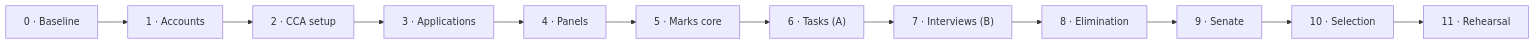
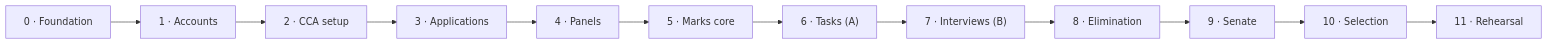
The third of 3 diagrams in docs/PLAN.md (madman4647/CalvinAsh), drawn with Mermaid before and after one commit. The commit also changed other lines of this file and 3 other files, not shown here.

````diff
--- a/docs/PLAN.md
+++ b/docs/PLAN.md
@@ -212,6 +215,6 @@
 ```mermaid
 flowchart LR
-  L0["0 · Baseline"] --> L1["1 · Accounts"] --> L2["2 · CCA setup"] --> L3["3 · Applications"]
+  L0["0 · Foundation"] --> L1["1 · Accounts"] --> L2["2 · CCA setup"] --> L3["3 · Applications"]
   L3 --> L4["4 · Panels"] --> L5["5 · Marks core"] --> L6["6 · Tasks (A)"] --> L7["7 · Interviews (B)"]
   L7 --> L8["8 · Elimination"] --> L9["9 · Senate"] --> L10["10 · Selection"] --> L11["11 · Rehearsal"]
 ```
````
